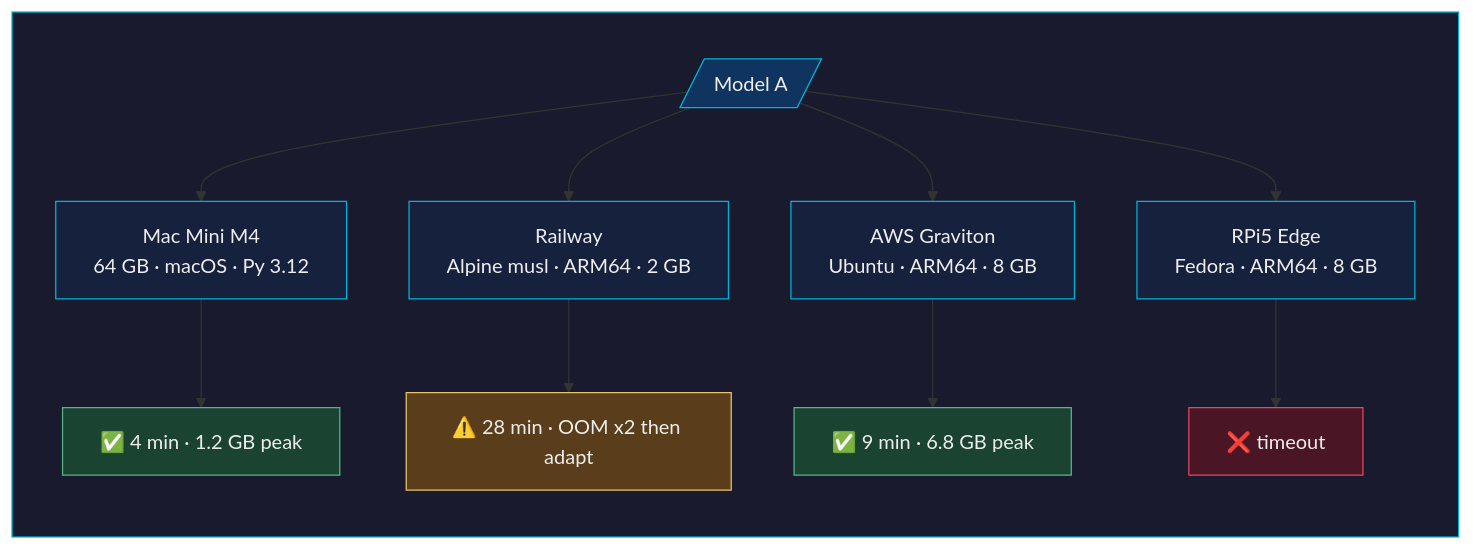
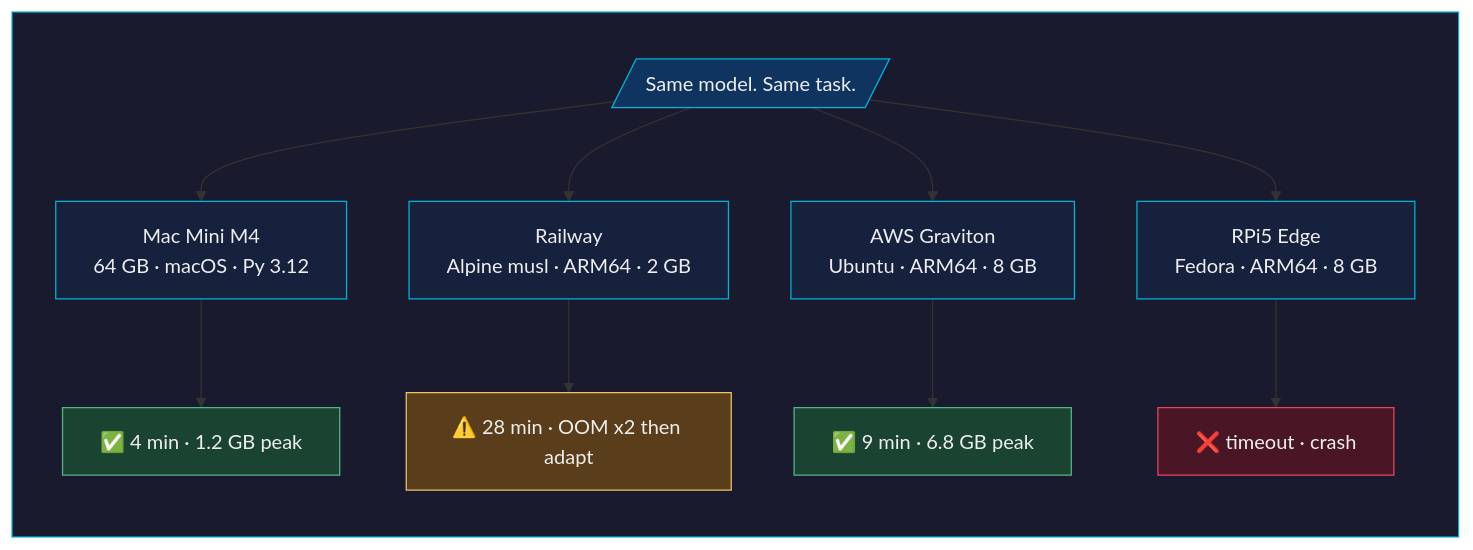
Before and after one commit to realityinspector/stack-eval: the second of 4 diagrams in README.md, drawn with Mermaid. The commit also changed other lines of this file, not shown here.

````diff
--- a/README.md
+++ b/README.md
@@ -61,30 +31,30 @@
 ```mermaid
 flowchart TB
     subgraph se [" "]
         direction TB
-        M[/"Model A"/]
+        M[/"Same model. Same task."/]
         S1["Mac Mini M4<br/>64 GB · macOS · Py 3.12"]
         S2["Railway<br/>Alpine musl · ARM64 · 2 GB"]
         S3["AWS Graviton<br/>Ubuntu · ARM64 · 8 GB"]
         S4["RPi5 Edge<br/>Fedora · ARM64 · 8 GB"]
         R1["✅ 4 min · 1.2 GB peak"]
         R2["⚠️ 28 min · OOM x2 then adapt"]
         R3["✅ 9 min · 6.8 GB peak"]
-        R4["❌ timeout"]
+        R4["❌ timeout · crash"]
         M --> S1 --> R1
         M --> S2 --> R2
         M --> S3 --> R3
         M --> S4 --> R4
     end
 
     style se fill:#1a1a2e,stroke:#00b4d8,color:#eee
     style M fill:#0f3460,stroke:#00b4d8,color:#eee
     style S1 fill:#16213e,stroke:#00b4d8,color:#eee
     style S2 fill:#16213e,stroke:#00b4d8,color:#eee
     style S3 fill:#16213e,stroke:#00b4d8,color:#eee
     style S4 fill:#16213e,stroke:#00b4d8,color:#eee
     style R1 fill:#1b4332,stroke:#52b788,color:#eee
     style R2 fill:#5a3e1b,stroke:#e9c46a,color:#eee
     style R3 fill:#1b4332,stroke:#52b788,color:#eee
     style R4 fill:#4a1525,stroke:#e94560,color:#eee
 ```
````
